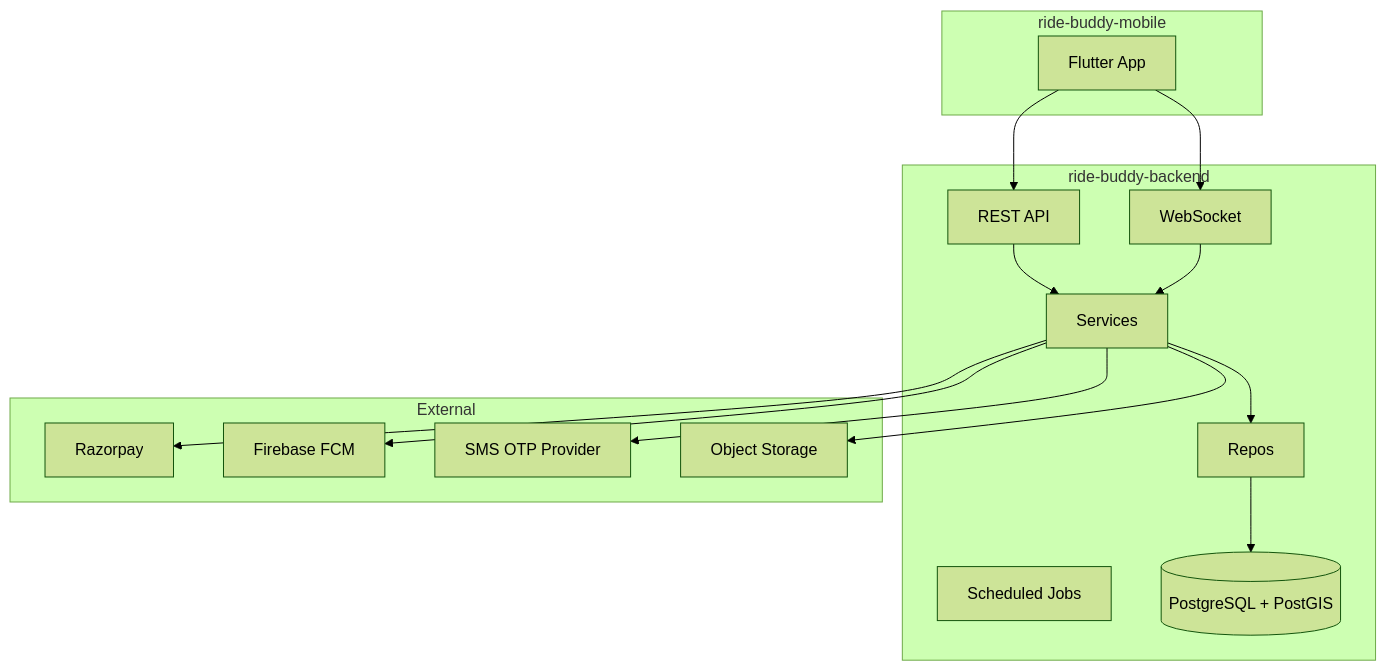
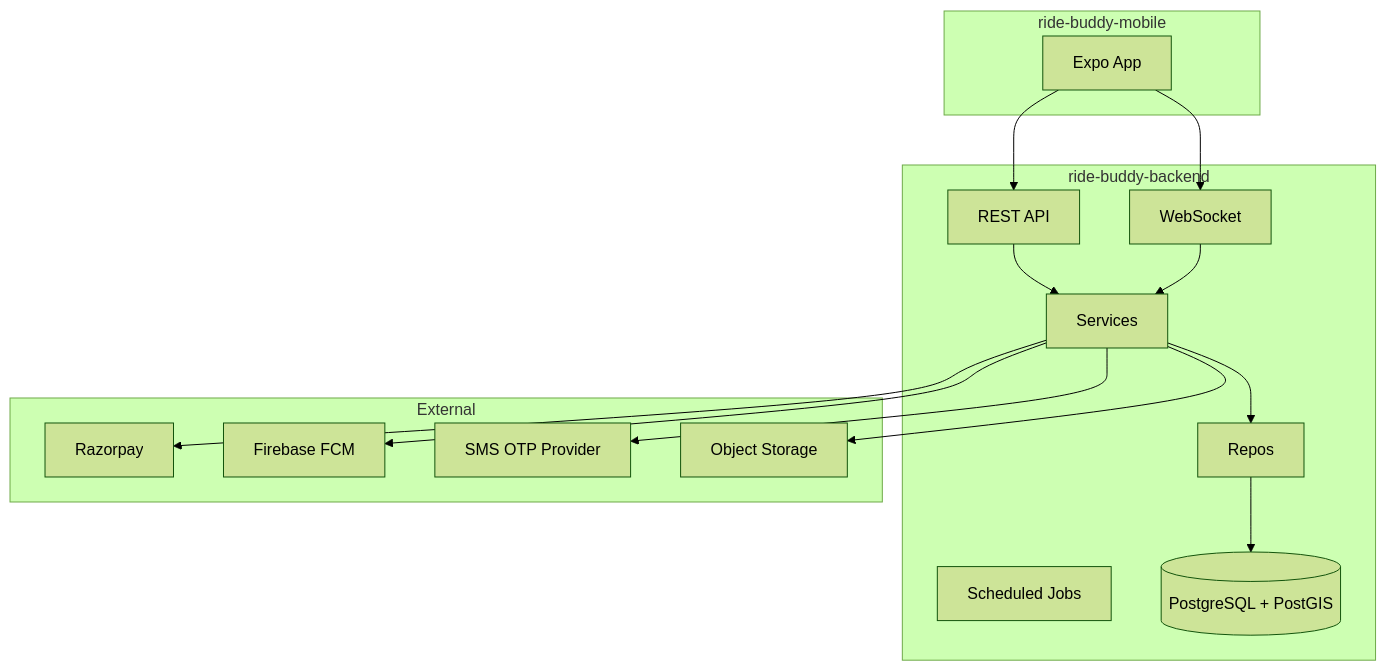
One commit to alnlabs/ride-buddy-backend changed the diagram in plan.md. Above: the diagram before and after it, drawn with Mermaid (forest theme). The commit also changed other lines of this file and 1 other file, not shown here.

Commit message:
Document that the RideBuddy client is now Expo.

````diff
--- a/plan.md
+++ b/plan.md
@@ -31,30 +31,30 @@
 ```mermaid
 flowchart TB
   subgraph mobile [ride-buddy-mobile]
-    Flutter[Flutter App]
+    Expo[Expo App]
   end
 
   subgraph backend [ride-buddy-backend]
     API[REST API]
     WS[WebSocket]
     Jobs[Scheduled Jobs]
     API --> Services
     WS --> Services
     Services --> Repos
     Repos --> DB[(PostgreSQL + PostGIS)]
   end
 
   subgraph external [External]
     Razorpay[Razorpay]
     FCM[Firebase FCM]
     SMS[SMS OTP Provider]
     S3[Object Storage]
   end
 
-  Flutter --> API
-  Flutter --> WS
+  Expo --> API
+  Expo --> WS
   Services --> Razorpay
   Services --> FCM
   Services --> SMS
   Services --> S3
 ```
````
